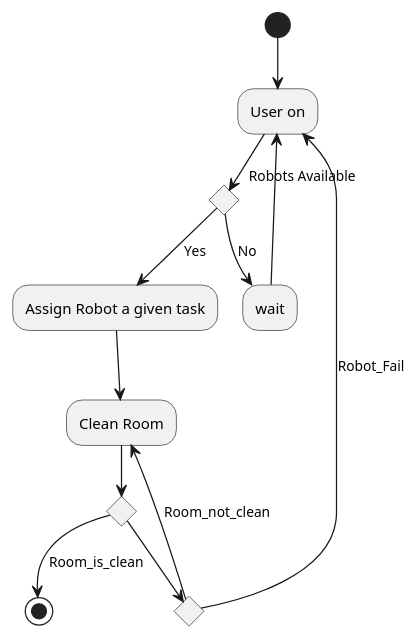
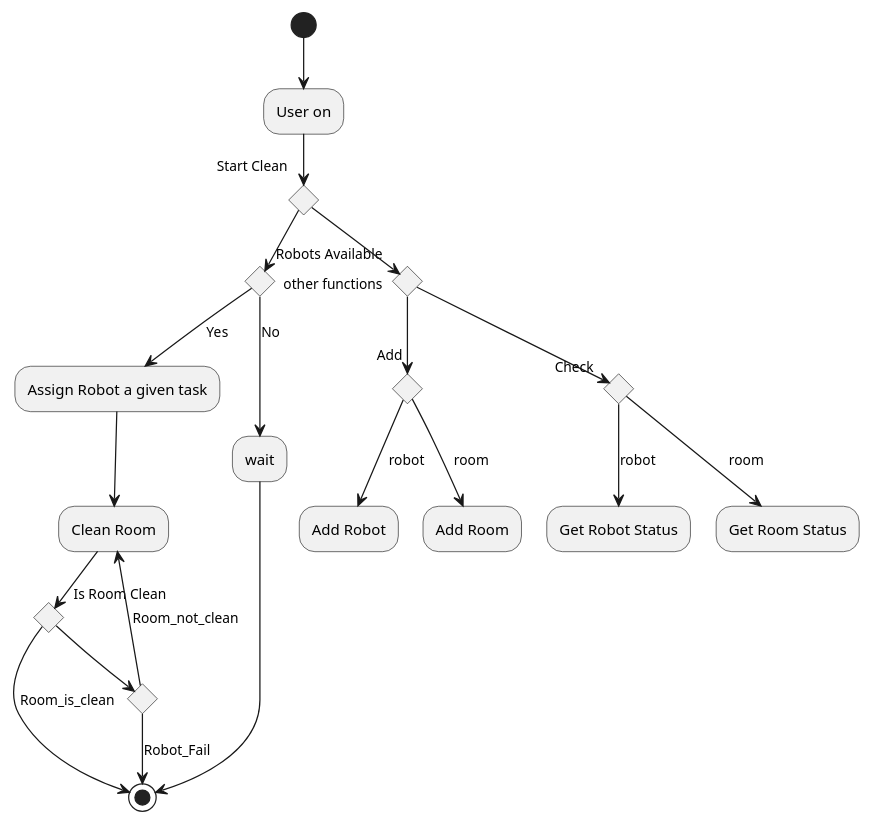
The diagram in docs/design/activity_diagram/activity_diagram.puml (ur-cs-courses/course-project-krykna), drawn with PlantUML before and after one commit. The commit also changed 3 other files, not shown here.

Commit message:
Fixed Activity Diagram and documentation

```diff
--- a/docs/design/activity_diagram/activity_diagram.puml
+++ b/docs/design/activity_diagram/activity_diagram.puml
@@ -1,21 +1,37 @@
 @startuml
 
 (*) --> "User on"
-If "Robots Available" then
-    --> [Yes] "Assign Robot a given task"
-    --> "Clean Room"
-    If "" then
-        -->[Room_is_clean] (*)
+If "Start Clean" then
+    If "Robots Available" then
+        --> [Yes] "Assign Robot a given task"
+        --> "Clean Room"
+        If "Is Room Clean" then
+            -->[Room_is_clean] (*)
+        else
+            If "" then
+                --> [Room_not_clean] "Clean Room"
+            else
+                --> [Robot_Fail] (*)
+            Endif
+        Endif
     else
-        If "" then
-            --> [Room_not_clean] "Clean Room"
+    --> [No] "wait"
+    --> (*)
+    Endif
+else
+    If "other functions" then
+        If "Add" then
+            -->[robot] "Add Robot"
         else
-            --> [Robot_Fail] "User on"
+            -->[room] "Add Room"
+        Endif
+    else
+        If "Check" then
+            -->[robot] "Get Robot Status"
+        else
+            -->[room] "Get Room Status"
         Endif
     Endif
-else
---> [No] "wait"
---> "User on"
-Endif
+
 
 @enduml
```
